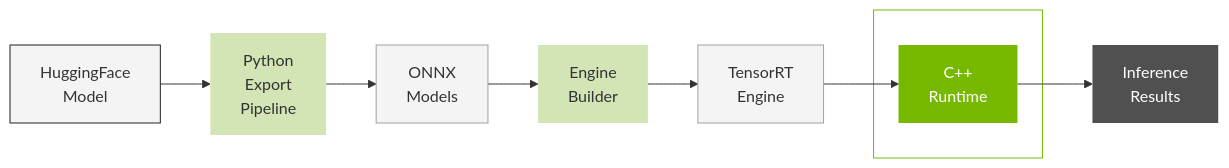
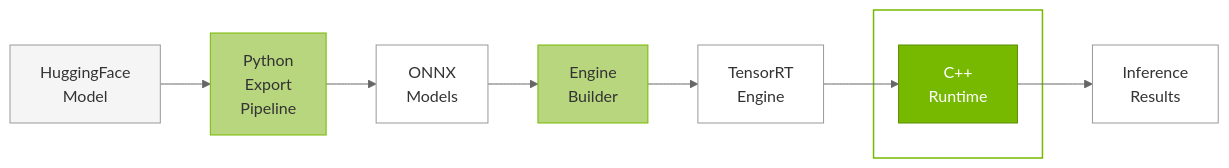
One commit to ConstBob/TensorRT-Edge-LLM changed the diagram in docs/source/developer_guide/04.1_C++_Runtime_Overview.md. Above: the diagram before and after it, drawn with Mermaid. The commit also changed other lines of this file and 20 other files, not shown here.

````diff
--- a/docs/source/developer_guide/04.1_C++_Runtime_Overview.md
+++ b/docs/source/developer_guide/04.1_C++_Runtime_Overview.md
@@ -16,35 +12,35 @@
 ```mermaid
-%%{init: {'themeVariables': {'edgeLabelBackground': 'white'}}}%%
+%%{init: {'theme':'neutral', 'themeVariables': {'primaryColor':'#76B900','primaryTextColor':'#fff','primaryBorderColor':'#5a8f00','lineColor':'#666','edgeLabelBackground':'#ffffff','labelTextColor':'#000','clusterBkg':'#ffffff','clusterBorder':'#999'}}}%%
 graph LR
     HF_MODEL[HuggingFace<br>Model]
     PYTHON_EXPORT[Python<br>Export<br>Pipeline]
     ONNX_FILES[ONNX<br>Models]
     ENGINE_BUILDER[Engine<br>Builder]
     TRT_ENGINE[TensorRT<br>Engine]
     OUTPUT[Inference<br>Results]
     
     subgraph RUNTIME_SG [" "]
         CPP_RUNTIME[C++<br>Runtime]
     end
     
     HF_MODEL --> PYTHON_EXPORT
     PYTHON_EXPORT --> ONNX_FILES
     ONNX_FILES --> ENGINE_BUILDER
     ENGINE_BUILDER --> TRT_ENGINE
     TRT_ENGINE --> CPP_RUNTIME
     CPP_RUNTIME --> OUTPUT
     
-    classDef inputNode fill:#f4f4f4, stroke:#202020
-    classDef nvLightNode fill:#D3E4B5, stroke-width:0px
-    classDef nvNode fill:#76B900, stroke-width:0px, color:#ffffff
-    classDef itemNode fill:#f4f4f4, stroke:#A0A0A0
-    classDef darkNode fill:#505050, stroke-width:0px, color:#ffffff
-    classDef greenSubGraph fill:#ffffff, stroke:#76B900
+    classDef inputNode fill:#f5f5f5,stroke:#999,stroke-width:1px,color:#333
+    classDef nvLightNode fill:#b8d67e,stroke:#76B900,stroke-width:1px,color:#333
+    classDef nvNode fill:#76B900,stroke:#5a8f00,stroke-width:1px,color:#fff
+    classDef itemNode fill:#ffffff,stroke:#999,stroke-width:1px,color:#333
+    classDef darkNode fill:#ffffff,stroke:#999,stroke-width:1px,color:#333
+    classDef greenSubGraph fill:none,stroke:#76B900,stroke-width:1.5px
     
     class HF_MODEL inputNode
     class PYTHON_EXPORT,ENGINE_BUILDER nvLightNode
     class CPP_RUNTIME nvNode
     class ONNX_FILES,TRT_ENGINE itemNode
     class OUTPUT darkNode
     class RUNTIME_SG greenSubGraph
 ```
````
